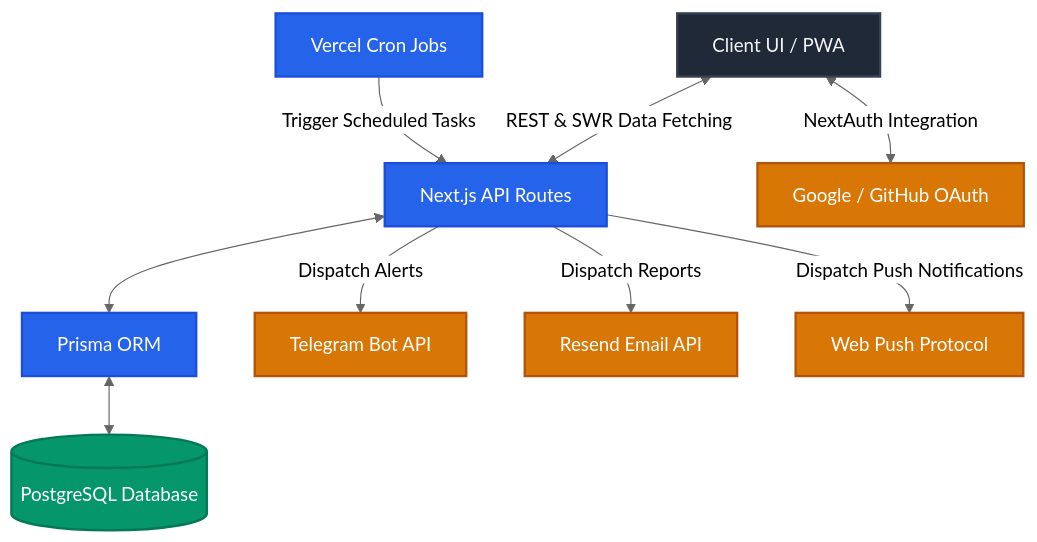
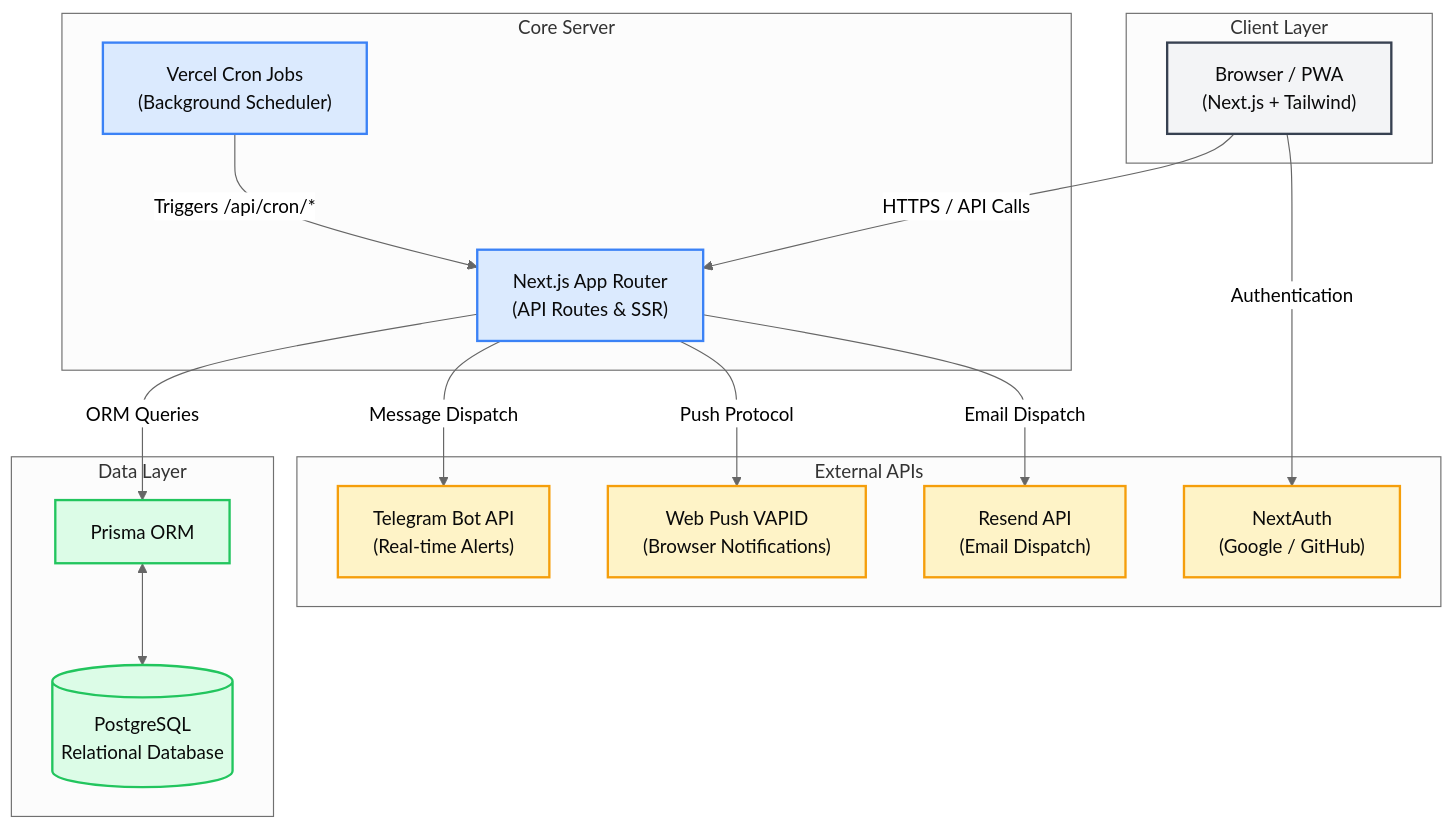
The first of 3 diagrams in README.md (simply-mihir/attendease), drawn with Mermaid (neutral theme) before and after one commit. The commit also changed other lines of this file, not shown here.

````diff
--- a/README.md
+++ b/README.md
@@ -13,27 +71,44 @@
 ```mermaid
-graph TD
-    classDef client fill:#1f2937,stroke:#374151,stroke-width:2px,color:#f3f4f6
-    classDef server fill:#2563eb,stroke:#1d4ed8,stroke-width:2px,color:#ffffff
-    classDef db fill:#059669,stroke:#047857,stroke-width:2px,color:#ffffff
-    classDef external fill:#d97706,stroke:#b45309,stroke-width:2px,color:#ffffff
+graph TB
+    subgraph Client[" Client Layer"]
+        Browser["Browser / PWA<br/>(Next.js + Tailwind)"]
+    end
 
-    Client[Client UI / PWA]:::client
-    NextAPI[Next.js API Routes]:::server
-    Cron[Vercel Cron Jobs]:::server
-    Prisma[Prisma ORM]:::server
-    DB[(PostgreSQL Database)]:::db
+    subgraph Server[" Core Server"]
+        NextAPI["Next.js App Router<br/>(API Routes & SSR)"]
+        Cron["Vercel Cron Jobs<br/>(Background Scheduler)"]
+    end
+
+    subgraph Data[" Data Layer"]
+        Prisma["Prisma ORM"]
+        Postgres[("PostgreSQL<br/>Relational Database")]
+    end
+
+    subgraph External[" External APIs"]
+        Telegram["Telegram Bot API<br/>(Real-time Alerts)"]
+        WebPush["Web Push VAPID<br/>(Browser Notifications)"]
+        Resend["Resend API<br/>(Email Dispatch)"]
+        OAuth["NextAuth<br/>(Google / GitHub)"]
+    end
+
+    Browser -- "HTTPS / API Calls" --> NextAPI
+    Browser -- "Authentication" --> OAuth
     
-    Telegram[Telegram Bot API]:::external
-    Resend[Resend Email API]:::external
-    WebPush[Web Push Protocol]:::external
-    OAuth[Google / GitHub OAuth]:::external
+    NextAPI -- "ORM Queries" --> Prisma
+    Prisma <--> Postgres
+    Cron -- "Triggers /api/cron/*" --> NextAPI
 
-    Client <-->|REST & SWR Data Fetching| NextAPI
-    Client <-->|NextAuth Integration| OAuth
-    NextAPI <--> Prisma
-    Cron -->|Trigger Scheduled Tasks| NextAPI
-    Prisma <--> DB
-    NextAPI -->|Dispatch Alerts| Telegram
-    NextAPI -->|Dispatch Reports| Resend
-    NextAPI -->|Dispatch Push Notifications| WebPush
+    NextAPI -- "Message Dispatch" --> Telegram
+    NextAPI -- "Push Protocol" --> WebPush
+    NextAPI -- "Email Dispatch" --> Resend
+
+    classDef client fill:#f3f4f6,stroke:#374151,stroke-width:2px,color:#0a0a0a
+    classDef server fill:#dbeafe,stroke:#3b82f6,stroke-width:2px,color:#0a0a0a
+    classDef data fill:#dcfce7,stroke:#22c55e,stroke-width:2px,color:#0a0a0a
+    classDef external fill:#fef3c7,stroke:#f59e0b,stroke-width:2px,color:#0a0a0a
+    
+    class Browser client
+    class NextAPI,Cron server
+    class Prisma,Postgres data
+    class Telegram,WebPush,Resend,OAuth external
 ```
````
